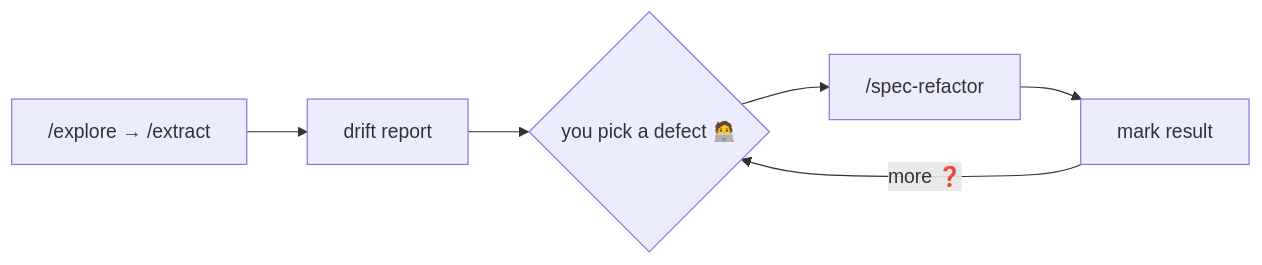
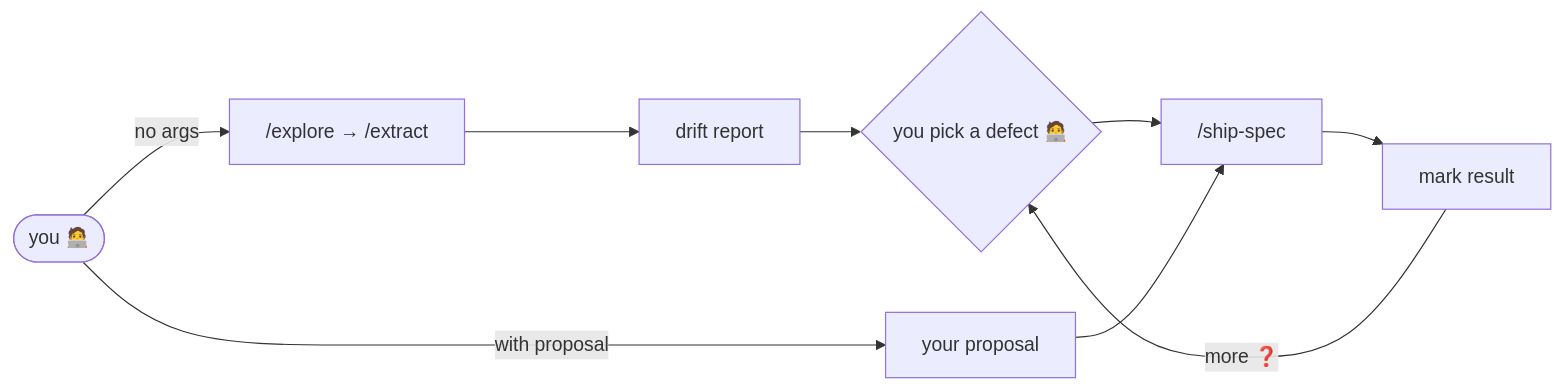
The fourth of 4 diagrams in src/content/docs/workflow.md (AlbertoBasalo/aiddbot-com), drawn with Mermaid before and after one commit. The commit also changed other lines of this file and 23 other files, not shown here.

````diff
--- a/src/content/docs/workflow.md
+++ b/src/content/docs/workflow.md
@@ -91,8 +105,12 @@
 ```mermaid
 flowchart LR
-  EXP["/explore → /extract"] --> RPT[drift report]
+  YOU([you 🧑‍💻])
+  YOU -->|no args| EXP["/explore → /extract"]
+  EXP --> RPT[drift report]
   RPT --> PICK{you pick a defect 🧑‍💻}
-  PICK --> REF["/spec-refactor"]
-  REF --> MARK[mark result]
+  YOU -->|with proposal| PROP[your proposal]
+  PICK --> SHIP["/ship-spec"]
+  PROP --> SHIP
+  SHIP --> MARK[mark result]
   MARK -->|more ❓| PICK
 ```
````
